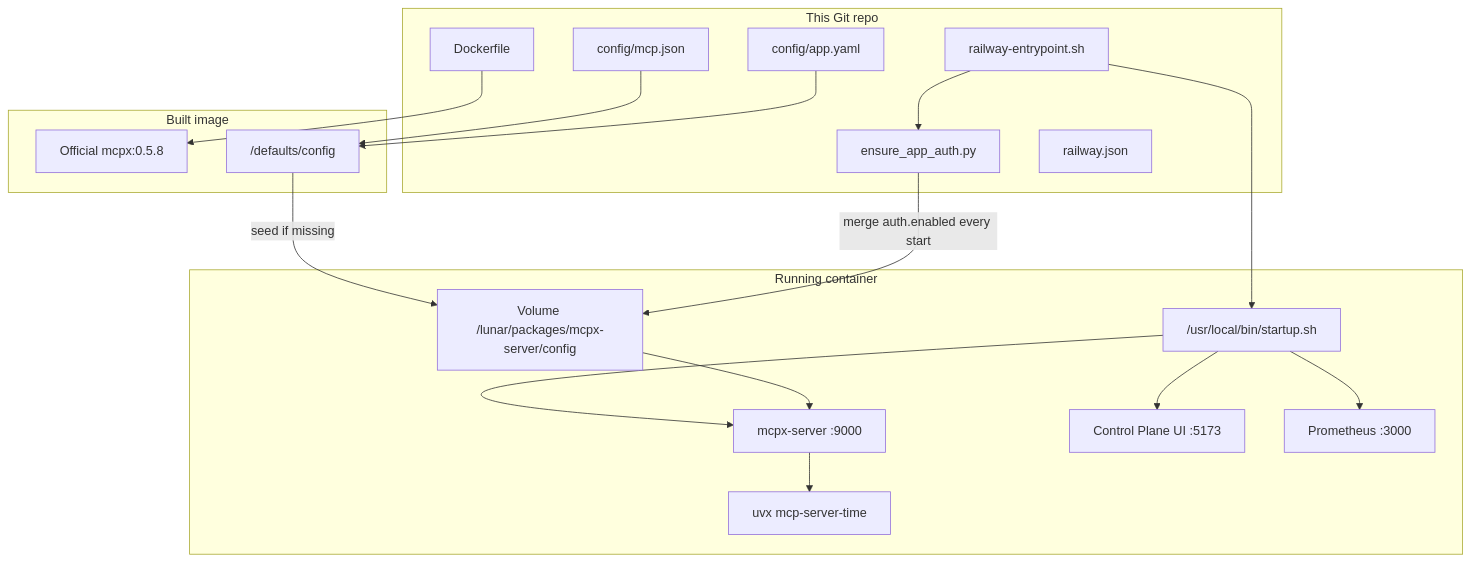
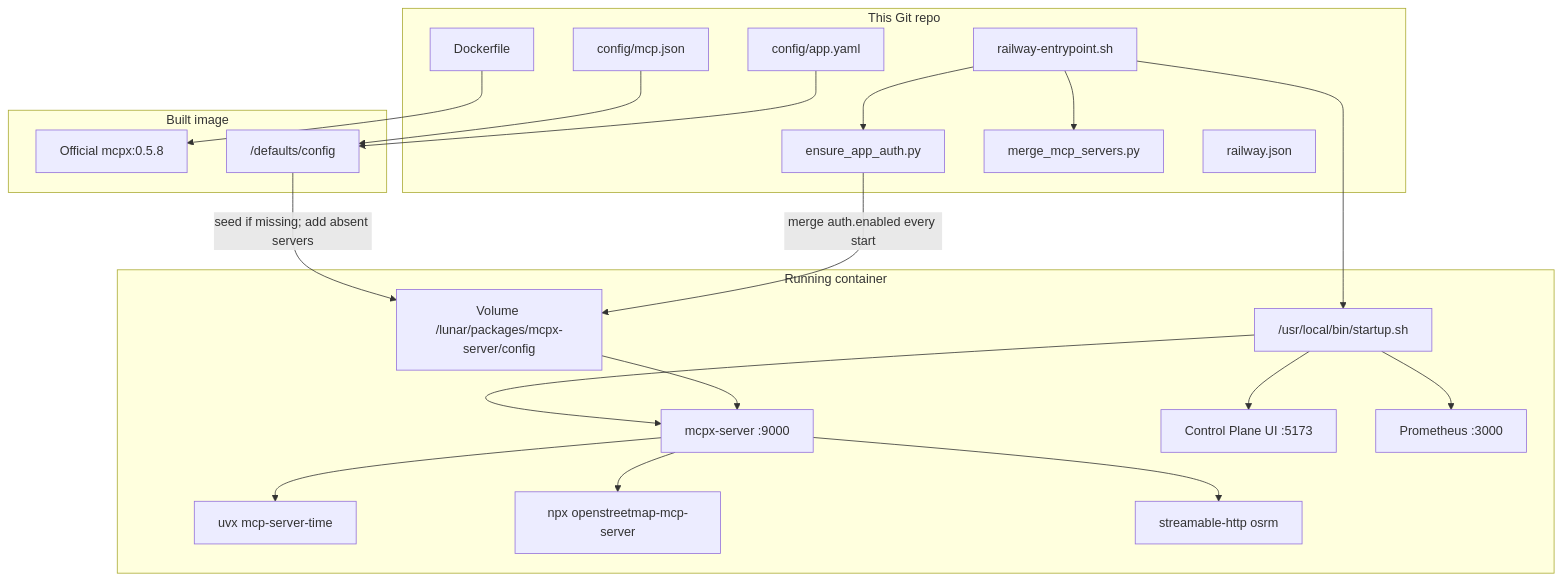
One commit to mkrejp/lunar-mcpx-config changed the second of 3 diagrams in docs/ARCHITECTURE.md. Above: the diagram before and after it, drawn with Mermaid. The commit also changed other lines of this file and 8 other files, not shown here.

First line of the commit message:
Add OpenStreetMap and OSRM upstreams to the MCPX seed.

````diff
--- a/docs/ARCHITECTURE.md
+++ b/docs/ARCHITECTURE.md
@@ -73,38 +74,44 @@
 ```mermaid
 flowchart TB
     subgraph git["This Git repo"]
         DF[Dockerfile]
         EP[railway-entrypoint.sh]
         PY[ensure_app_auth.py]
+        MERGE[merge_mcp_servers.py]
         MCPJSON[config/mcp.json]
         APPYAML[config/app.yaml]
         RJ[railway.json]
     end
 
     subgraph image["Built image"]
         UP[Official mcpx:0.5.8]
         DEF["/defaults/config"]
         EP --> PY
+        EP --> MERGE
         DF --> UP
         MCPJSON --> DEF
         APPYAML --> DEF
     end
 
     subgraph ctr["Running container"]
         START["/usr/local/bin/startup.sh"]
         SRV["mcpx-server :9000"]
         UI["Control Plane UI :5173"]
         MET["Prometheus :3000"]
         VOL["Volume /lunar/packages/mcpx-server/config"]
         TIME["uvx mcp-server-time"]
+        OSM["npx openstreetmap-mcp-server"]
+        OSRM["streamable-http osrm"]
         EP --> START
         START --> SRV
         START --> UI
         START --> MET
         VOL --> SRV
         SRV --> TIME
+        SRV --> OSM
+        SRV --> OSRM
     end
 
-    DEF -->|"seed if missing"| VOL
+    DEF -->|"seed if missing; add absent servers"| VOL
     PY -->|"merge auth.enabled every start"| VOL
 ```
````
